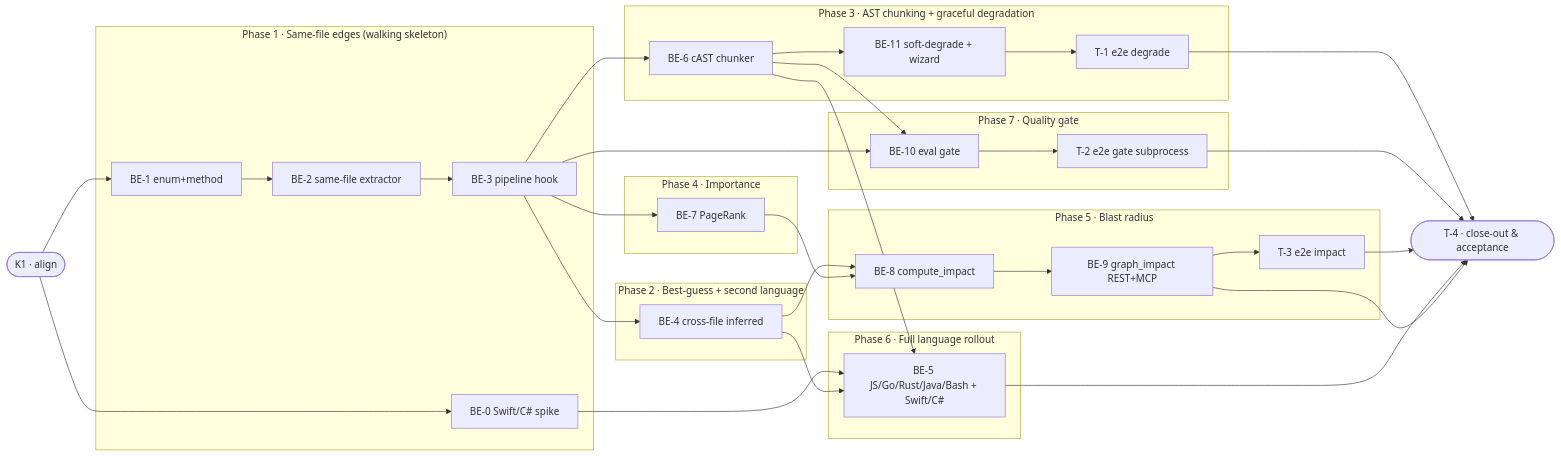
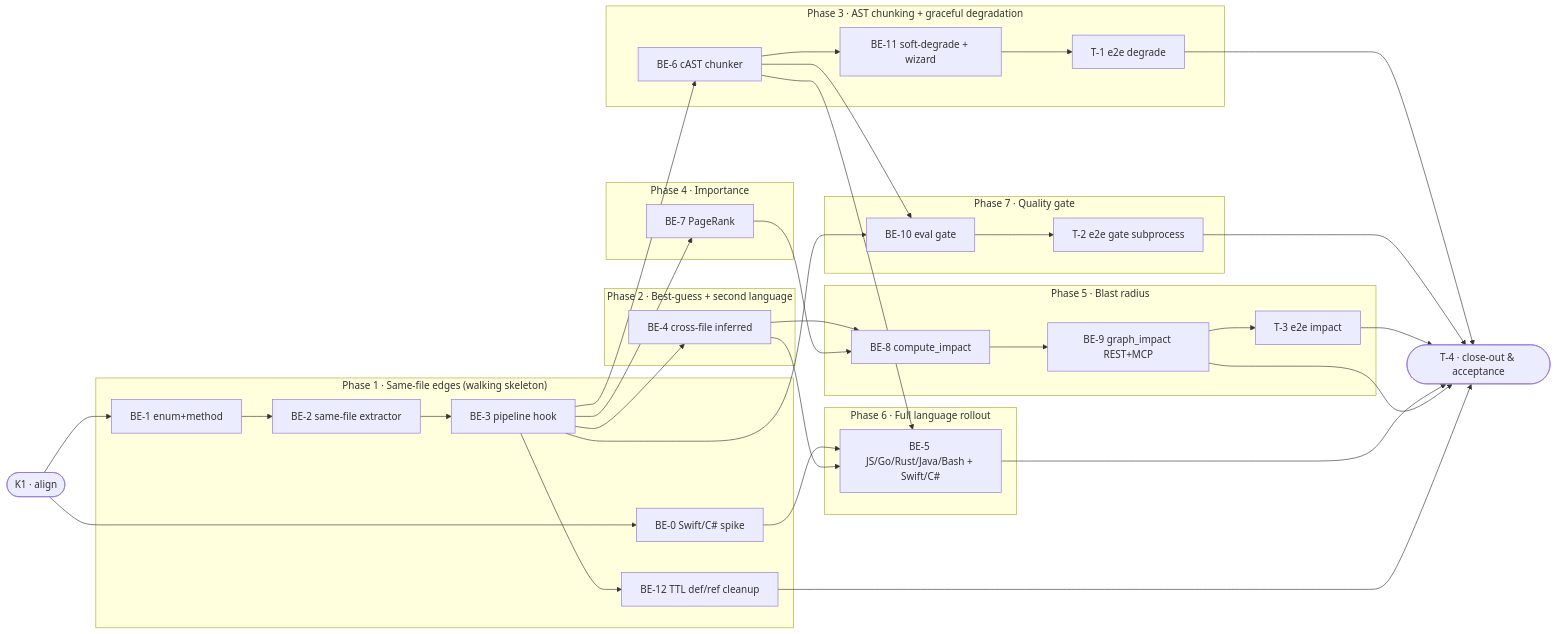
The second of 2 diagrams in Documentation/Backlog/e2g-code-defref-graph-team-plan.md (user538295/archon-search), drawn with Mermaid before and after one commit. The commit also changed other lines of this file and 6 other files, not shown here.

Commit message:
Implement BE-12 defref TTL cleanup

````diff
--- a/Documentation/Backlog/e2g-code-defref-graph-team-plan.md
+++ b/Documentation/Backlog/e2g-code-defref-graph-team-plan.md
@@ -298,57 +302,60 @@
 ```mermaid
 flowchart LR
   K1([K1 · align])
   subgraph P1["Phase 1 · Same-file edges (walking skeleton)"]
     BE0["BE-0 Swift/C# spike"]
     BE1["BE-1 enum+method"]
     BE2["BE-2 same-file extractor"]
     BE3["BE-3 pipeline hook"]
+    BE12["BE-12 TTL def/ref cleanup"]
   end
   subgraph P2["Phase 2 · Best-guess + second language"]
     BE4["BE-4 cross-file inferred"]
   end
   subgraph P3["Phase 3 · AST chunking + graceful degradation"]
     BE6["BE-6 cAST chunker"]
     BE11["BE-11 soft-degrade + wizard"]
     T1["T-1 e2e degrade"]
   end
   subgraph P4["Phase 4 · Importance"]
     BE7["BE-7 PageRank"]
   end
   subgraph P5["Phase 5 · Blast radius"]
     BE8["BE-8 compute_impact"]
     BE9["BE-9 graph_impact REST+MCP"]
     T3["T-3 e2e impact"]
   end
   subgraph P6["Phase 6 · Full language rollout"]
     BE5["BE-5 JS/Go/Rust/Java/Bash + Swift/C#"]
   end
   subgraph P7["Phase 7 · Quality gate"]
     BE10["BE-10 eval gate"]
     T2["T-2 e2e gate subprocess"]
   end
   T4([T-4 · close-out & acceptance])
 
   K1 --> BE0
   K1 --> BE1
   BE1 --> BE2 --> BE3
+  BE3 --> BE12
   BE0 --> BE5
   BE3 --> BE4
   BE3 --> BE6
   BE6 --> BE11
   BE11 --> T1
   BE3 --> BE7
   BE4 --> BE8
   BE7 --> BE8
   BE8 --> BE9 --> T3
   BE4 --> BE5
   BE6 --> BE5
   BE3 --> BE10
   BE6 --> BE10
   BE10 --> T2
   T1 --> T4
   T2 --> T4
   T3 --> T4
   BE5 --> T4
   BE9 --> T4
+  BE12 --> T4
 ```
````
